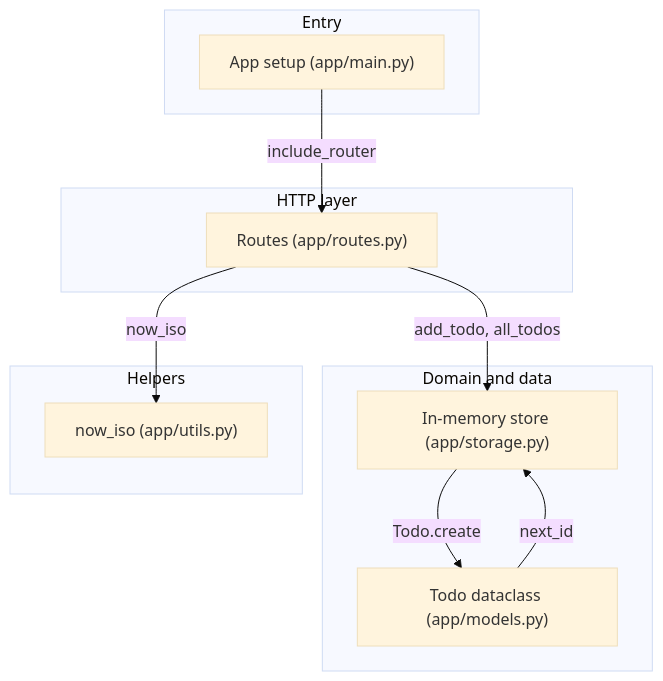
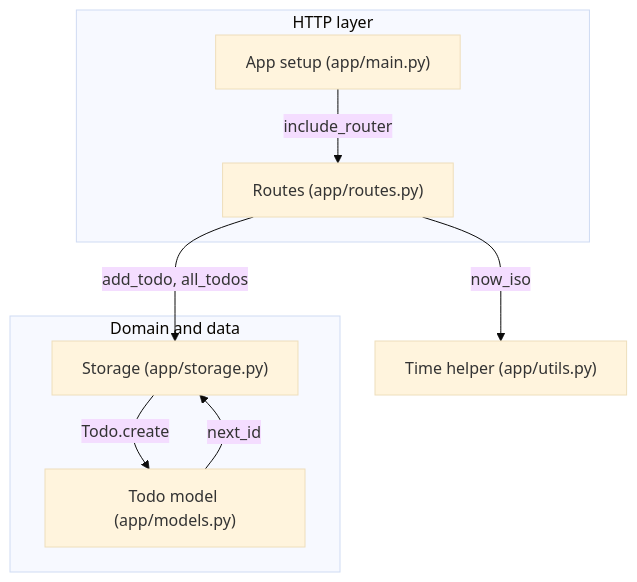
Before and after one commit to hxxnn/codemap: the third of 3 diagrams in examples/python-todo-api/docs/codemap/architecture.md, drawn with Mermaid (base theme). The commit also changed other lines of this file and 35 other files, not shown here.

````diff
--- a/examples/python-todo-api/docs/codemap/architecture.md
+++ b/examples/python-todo-api/docs/codemap/architecture.md
@@ -46,21 +44,17 @@
 ```mermaid
 flowchart TD
-  subgraph entry["Entry"]
-    main["App setup (app/main.py)"]
-  end
-  subgraph web["HTTP layer"]
-    routes["Routes (app/routes.py)"]
-  end
-  subgraph domain["Domain and data"]
-    models["Todo dataclass (app/models.py)"]
-    storage["In-memory store (app/storage.py)"]
-  end
-  subgraph helpers["Helpers"]
-    utils["now_iso (app/utils.py)"]
-  end
-  main -->|"include_router"| routes
-  routes -->|"add_todo, all_todos"| storage
-  routes -->|"now_iso"| utils
-  storage -->|"Todo.create"| models
-  models -->|"next_id"| storage
+    subgraph web["HTTP layer"]
+        main["App setup (app/main.py)"]
+        routes["Routes (app/routes.py)"]
+    end
+    subgraph domain["Domain and data"]
+        models["Todo model (app/models.py)"]
+        storage["Storage (app/storage.py)"]
+    end
+    utils["Time helper (app/utils.py)"]
+    main -->|"include_router"| routes
+    routes -->|"add_todo, all_todos"| storage
+    routes -->|"now_iso"| utils
+    storage -->|"Todo.create"| models
+    models -->|"next_id"| storage
 ```
````
